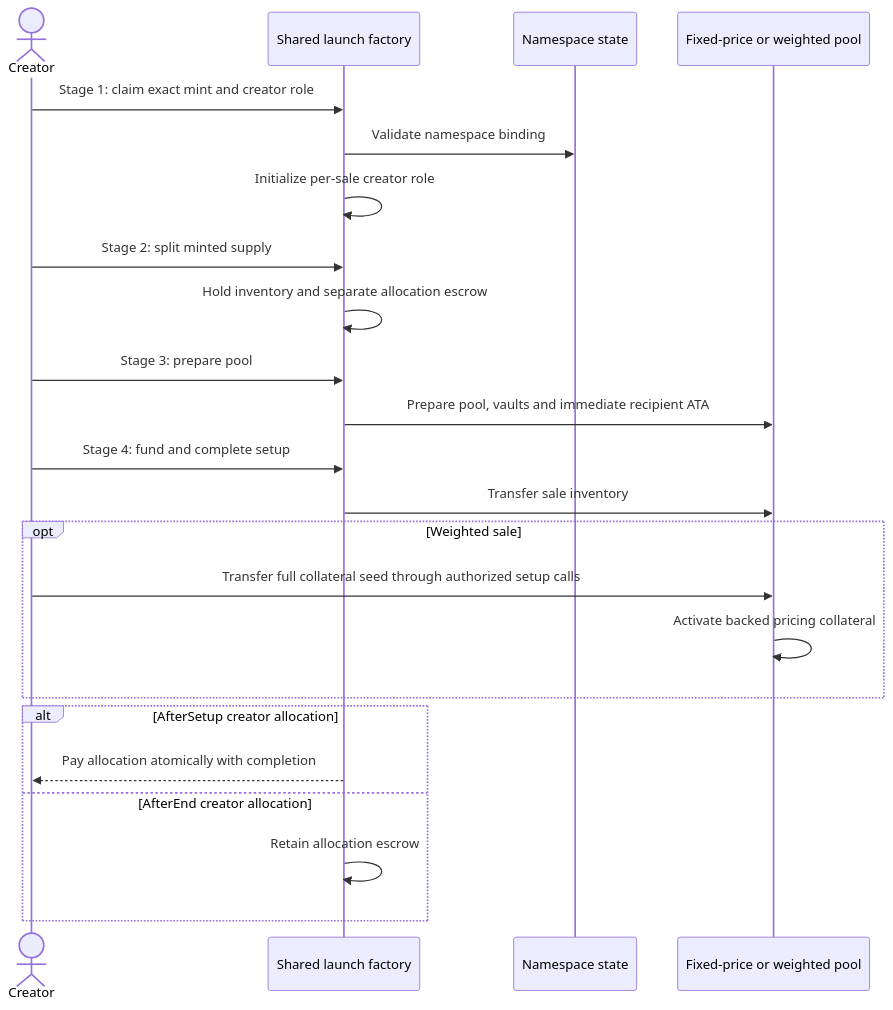
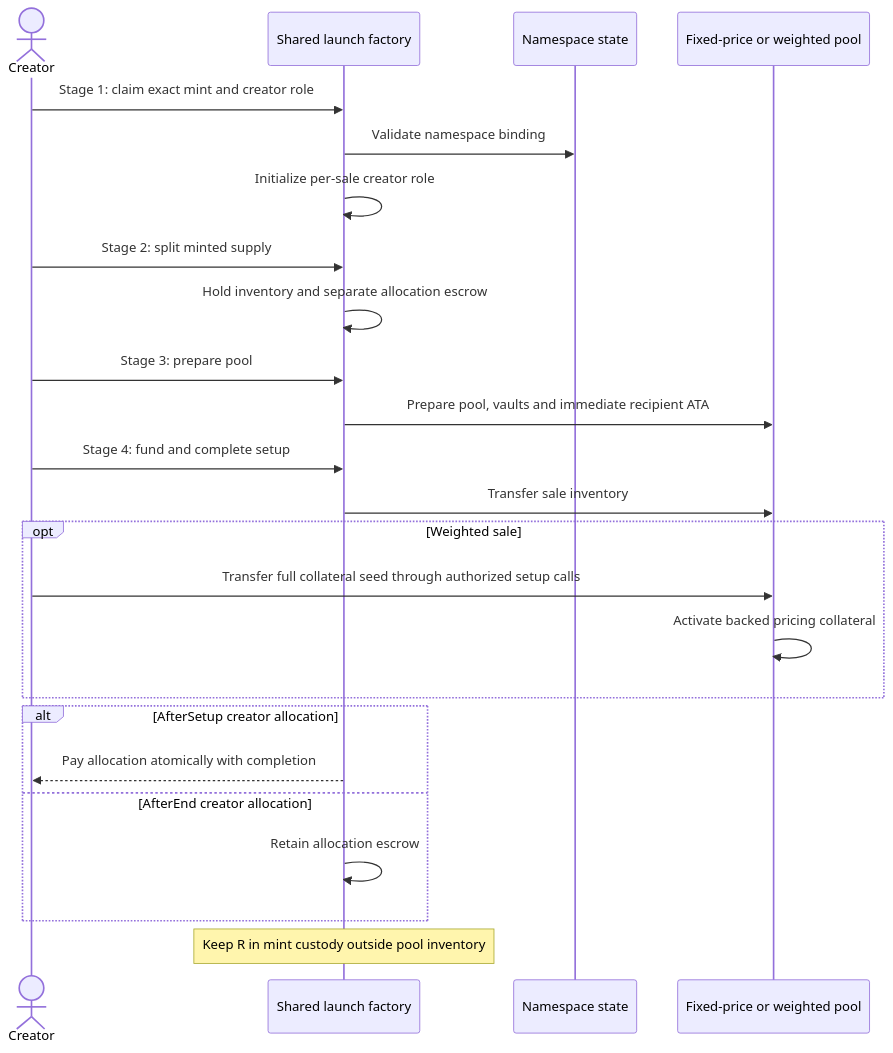
The diagram in docs/architecture/sequence-diagrams/create-lbp-pool.md (bleu/logos-launchpad), drawn with Mermaid before and after one commit. The commit also changed 37 other files, not shown here.

````diff
--- a/docs/architecture/sequence-diagrams/create-lbp-pool.md
+++ b/docs/architecture/sequence-diagrams/create-lbp-pool.md
@@ -7,26 +7,27 @@
 ```mermaid
 sequenceDiagram
     actor Creator
     participant Factory as Shared launch factory
     participant Namespace as Namespace state
     participant Pool as Fixed-price or weighted pool
 
     Creator->>Factory: Stage 1: claim exact mint and creator role
     Factory->>Namespace: Validate namespace binding
     Factory->>Factory: Initialize per-sale creator role
     Creator->>Factory: Stage 2: split minted supply
     Factory->>Factory: Hold inventory and separate allocation escrow
     Creator->>Factory: Stage 3: prepare pool
     Factory->>Pool: Prepare pool, vaults and immediate recipient ATA
     Creator->>Factory: Stage 4: fund and complete setup
     Factory->>Pool: Transfer sale inventory
     opt Weighted sale
         Creator->>Pool: Transfer full collateral seed through authorized setup calls
         Pool->>Pool: Activate backed pricing collateral
     end
     alt AfterSetup creator allocation
         Factory-->>Creator: Pay allocation atomically with completion
     else AfterEnd creator allocation
         Factory->>Factory: Retain allocation escrow
     end
+    Note over Factory: Keep R in mint custody outside pool inventory
 ```
````
